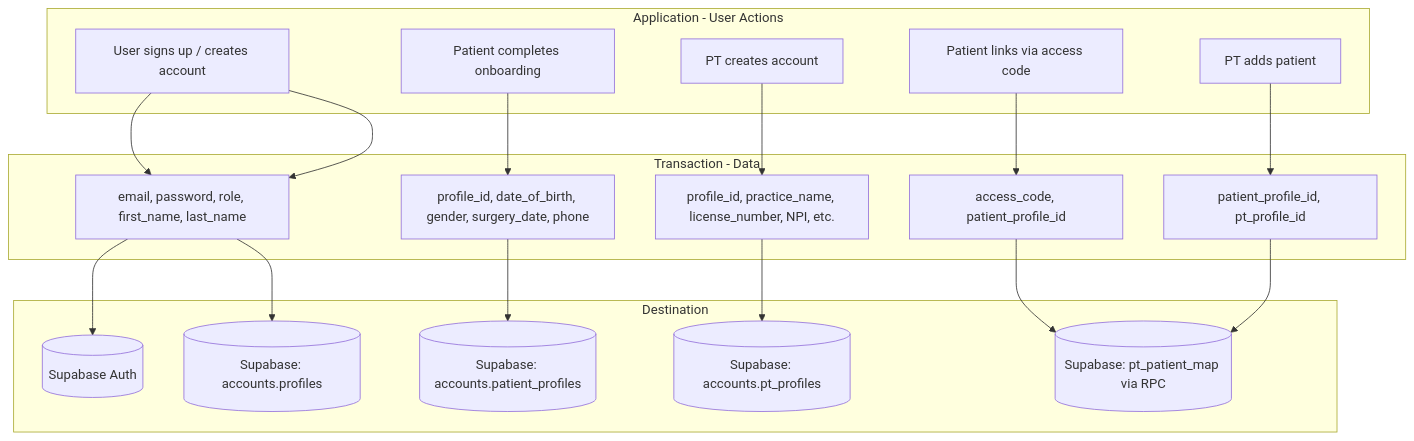
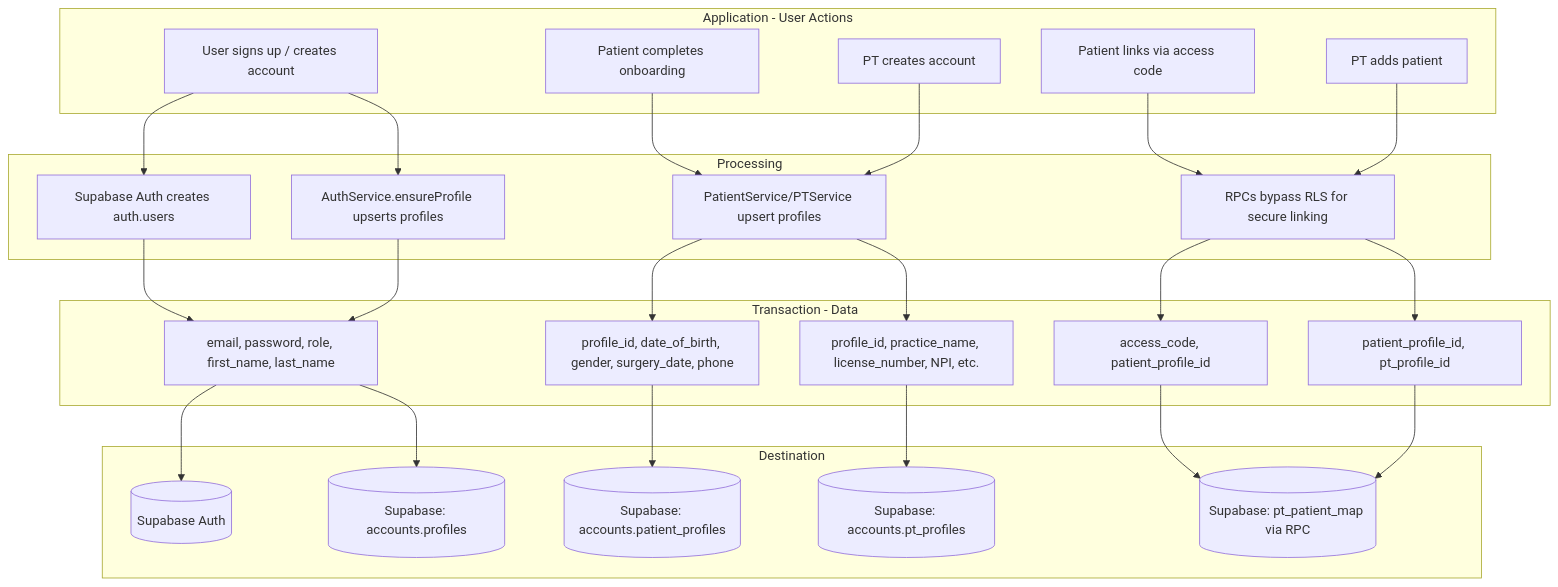
Before and after one commit to seanja5/realrehab-mvp: the second of 4 diagrams in docs/DATA_FLOW.md, drawn with Mermaid. The commit also changed other lines of this file and 1 other file, not shown here.

Commit message:
Add data flow docs with Processing, Bucket F sensor insights

````diff
--- a/docs/DATA_FLOW.md
+++ b/docs/DATA_FLOW.md
@@ -136,33 +151,40 @@
 ```mermaid
 flowchart TB
     subgraph app2 [Application - User Actions]
         A2A[User signs up / creates account]
         A2B[Patient completes onboarding]
         A2C[PT creates account]
         A2D[Patient links via access code]
         A2E[PT adds patient]
+    end
+
+    subgraph proc2 [Processing]
+        P2A[Supabase Auth creates auth.users]
+        P2B[AuthService.ensureProfile upserts profiles]
+        P2C[PatientService/PTService upsert profiles]
+        P2D[RPCs bypass RLS for secure linking]
     end
 
     subgraph tx2 [Transaction - Data]
         T2A[email, password, role, first_name, last_name]
         T2B[profile_id, date_of_birth, gender, surgery_date, phone]
         T2C[profile_id, practice_name, license_number, NPI, etc.]
         T2D[access_code, patient_profile_id]
         T2E[patient_profile_id, pt_profile_id]
     end
 
     subgraph dest2 [Destination]
         D2A[(Supabase Auth)]
         D2B[(Supabase: accounts.profiles)]
         D2C[(Supabase: accounts.patient_profiles)]
         D2D[(Supabase: accounts.pt_profiles)]
         D2E[(Supabase: pt_patient_map via RPC)]
     end
 
-    A2A --> T2A --> D2A
-    A2A --> T2A --> D2B
-    A2B --> T2B --> D2C
-    A2C --> T2C --> D2D
-    A2D --> T2D --> D2E
-    A2E --> T2E --> D2E
+    A2A --> P2A --> T2A --> D2A
+    A2A --> P2B --> T2A --> D2B
+    A2B --> P2C --> T2B --> D2C
+    A2C --> P2C --> T2C --> D2D
+    A2D --> P2D --> T2D --> D2E
+    A2E --> P2D --> T2E --> D2E
 ```
````
